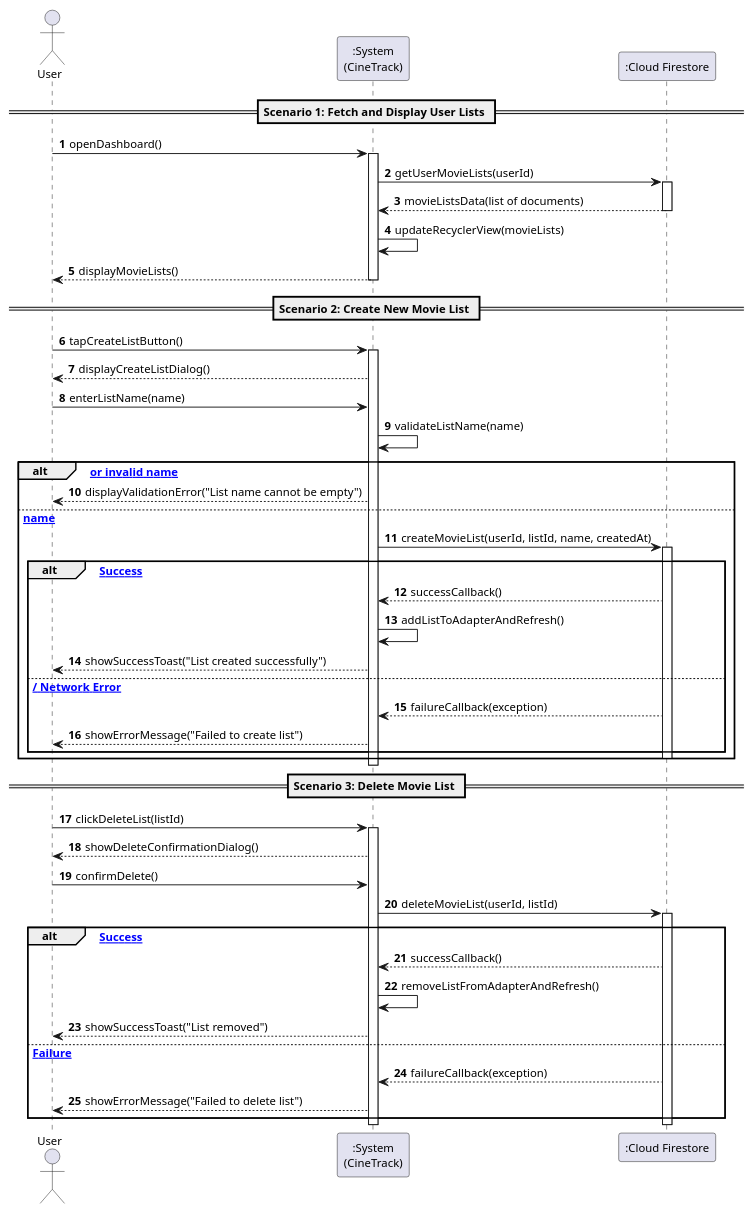
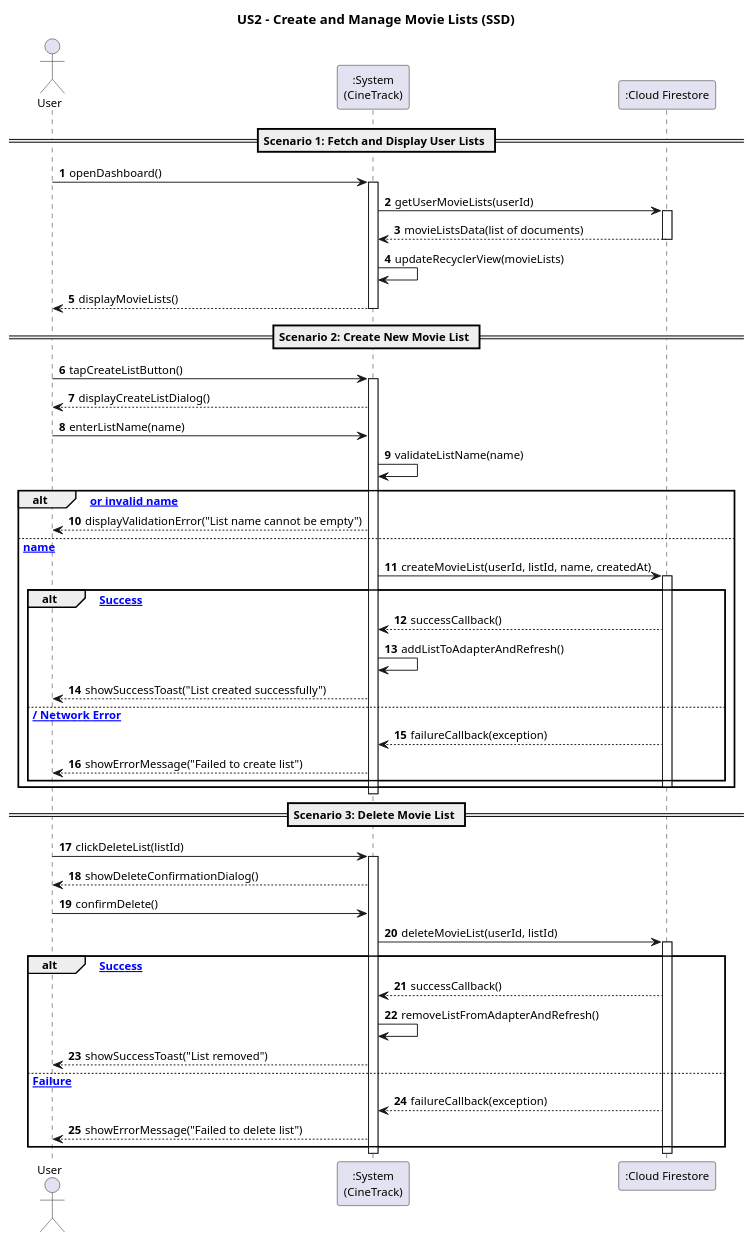
Before and after one commit to Andre-1240567/DSSMV_ProjectDroid_1240567_1241013: the diagram in docs/Use Cases/US2/puml/ssd_us2_manage_lists.puml, drawn with PlantUML. The commit also changed 62 other files, not shown here.

Commit message:
docs: add standard 'USX - (Functionality)' titles to all sequence diagrams

```diff
--- a/docs/Use Cases/US2/puml/ssd_us2_manage_lists.puml
+++ b/docs/Use Cases/US2/puml/ssd_us2_manage_lists.puml
@@ -1,76 +1,78 @@
 @startuml
 skinparam monochrome false
 skinparam shadowing false
 skinparam defaultFontName "Helvetica, Arial, sans-serif"
 skinparam defaultFontSize 12
+
+title US2 - Create and Manage Movie Lists (SSD)
 
 actor "User" as User
 participant ":System\n(CineTrack)" as System
 participant ":Cloud Firestore" as Firestore
 
 autonumber
 
 == Scenario 1: Fetch and Display User Lists ==
 
 User -> System : openDashboard()
 activate System
 
 System -> Firestore : getUserMovieLists(userId)
 activate Firestore
 Firestore --> System : movieListsData(list of documents)
 deactivate Firestore
 
 System -> System : updateRecyclerView(movieLists)
 System --> User : displayMovieLists()
 deactivate System
 
 == Scenario 2: Create New Movie List ==
 
 User -> System : tapCreateListButton()
 activate System
 System --> User : displayCreateListDialog()
 
 User -> System : enterListName(name)
 System -> System : validateListName(name)
 
 alt [Empty or invalid name]
     System --> User : displayValidationError("List name cannot be empty")
 else [Valid name]
     System -> Firestore : createMovieList(userId, listId, name, createdAt)
     activate Firestore
     
     alt [Success]
         Firestore --> System : successCallback()
         System -> System : addListToAdapterAndRefresh()
         System --> User : showSuccessToast("List created successfully")
     else [Failure / Network Error]
         Firestore --> System : failureCallback(exception)
         System --> User : showErrorMessage("Failed to create list")
     end
     deactivate Firestore
 end
 deactivate System
 
 == Scenario 3: Delete Movie List ==
 
 User -> System : clickDeleteList(listId)
 activate System
 System --> User : showDeleteConfirmationDialog()
 
 User -> System : confirmDelete()
 System -> Firestore : deleteMovieList(userId, listId)
 activate Firestore
 
 alt [Success]
     Firestore --> System : successCallback()
     System -> System : removeListFromAdapterAndRefresh()
     System --> User : showSuccessToast("List removed")
 else [Failure]
     Firestore --> System : failureCallback(exception)
     System --> User : showErrorMessage("Failed to delete list")
 end
 deactivate Firestore
 
 deactivate System
 
 @enduml
```
